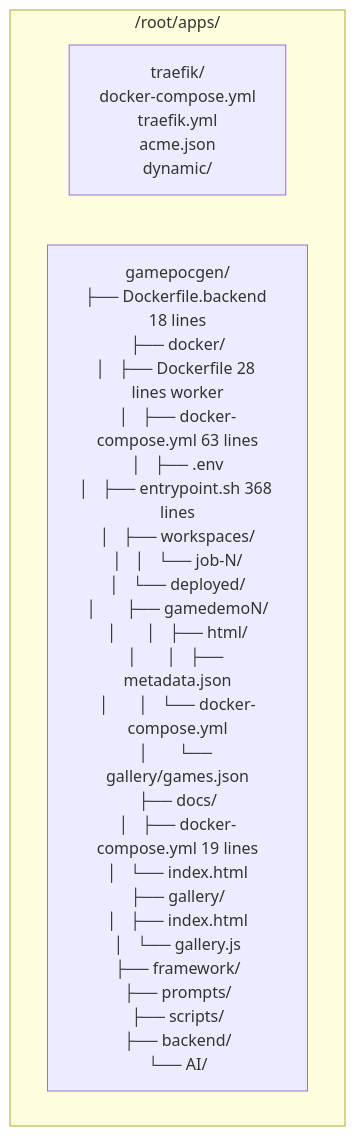
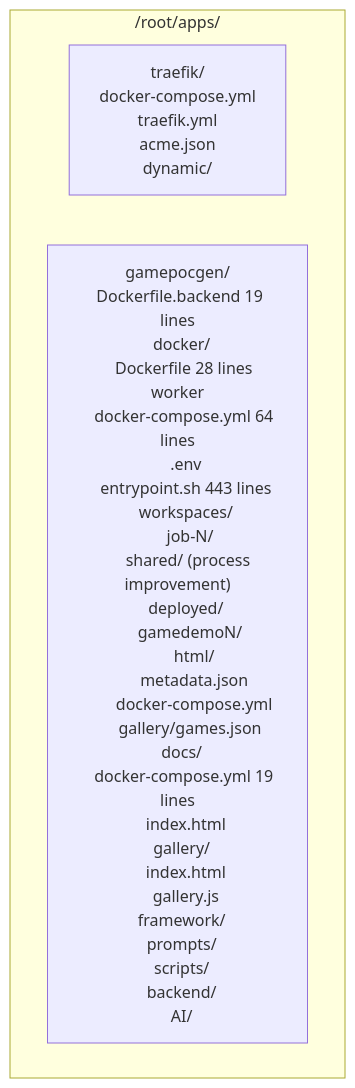
One commit to J-Gierend/gamePocGen changed the third of 5 diagrams in AI/document/07-deployment.md. Above: the diagram before and after it, drawn with Mermaid. The commit also changed other lines of this file and 5 other files, not shown here.

````diff
--- a/AI/document/07-deployment.md
+++ b/AI/document/07-deployment.md
@@ -63,7 +63,7 @@
 ```mermaid
 graph TD
     subgraph "/root/apps/"
         T_DIR["traefik/\ndocker-compose.yml\ntraefik.yml\nacme.json\ndynamic/"]
-        G_DIR["gamepocgen/\n├── Dockerfile.backend 18 lines\n├── docker/\n│   ├── Dockerfile 28 lines worker\n│   ├── docker-compose.yml 63 lines\n│   ├── .env\n│   ├── entrypoint.sh 368 lines\n│   ├── workspaces/\n│   │   └── job-N/\n│   └── deployed/\n│       ├── gamedemoN/\n│       │   ├── html/\n│       │   ├── metadata.json\n│       │   └── docker-compose.yml\n│       └── gallery/games.json\n├── docs/\n│   ├── docker-compose.yml 19 lines\n│   └── index.html\n├── gallery/\n│   ├── index.html\n│   └── gallery.js\n├── framework/\n├── prompts/\n├── scripts/\n├── backend/\n└── AI/"]
+        G_DIR["gamepocgen/\n  Dockerfile.backend 19 lines\n  docker/\n    Dockerfile 28 lines worker\n    docker-compose.yml 64 lines\n    .env\n    entrypoint.sh 443 lines\n    workspaces/\n      job-N/\n      shared/ (process improvement)\n    deployed/\n      gamedemoN/\n        html/\n        metadata.json\n        docker-compose.yml\n      gallery/games.json\n  docs/\n    docker-compose.yml 19 lines\n    index.html\n  gallery/\n    index.html\n    gallery.js\n  framework/\n  prompts/\n  scripts/\n  backend/\n  AI/"]
     end
 ```
````
